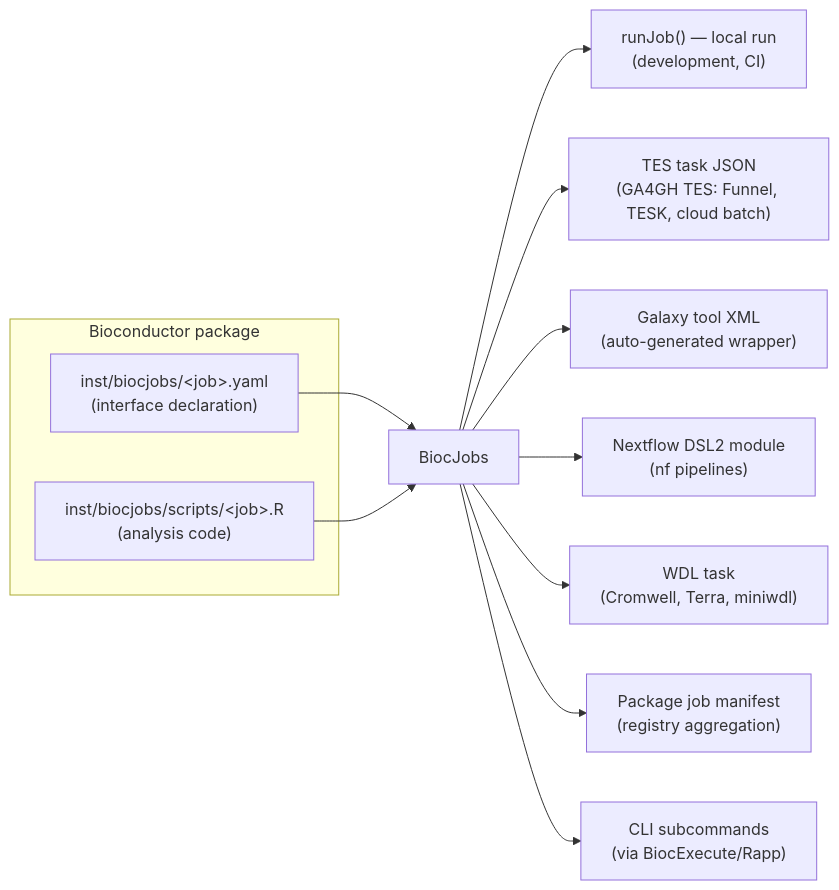
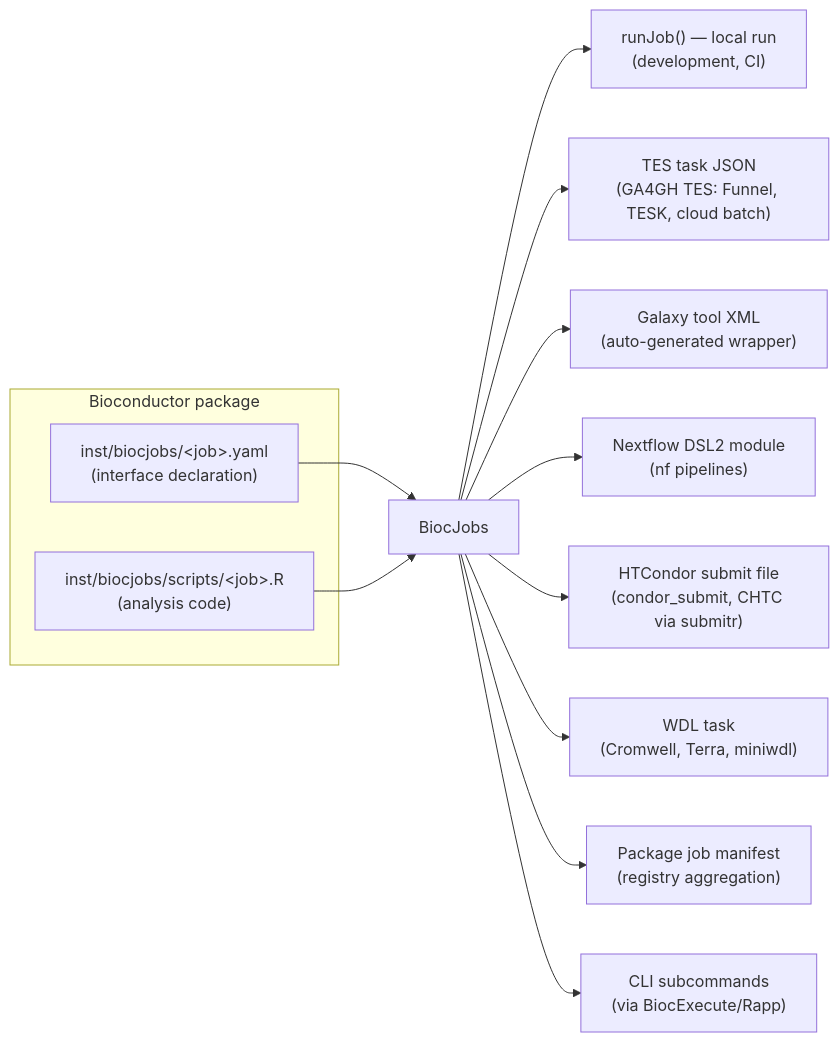
Before and after one commit to almahmoud/BiocJobs: the diagram in README.md, drawn with Mermaid. The commit also changed other lines of this file and 11 other files, not shown here.

Commit message:
Add HTCondor submit file generator

````diff
--- a/README.md
+++ b/README.md
@@ -64,16 +65,17 @@
 ```mermaid
 flowchart LR
     subgraph pkg [Bioconductor package]
         Y["inst/biocjobs/&lt;job&gt;.yaml<br/>(interface declaration)"]
         S["inst/biocjobs/scripts/&lt;job&gt;.R<br/>(analysis code)"]
     end
     Y --> B[BiocJobs]
     S --> B
     B --> L["runJob() — local run<br/>(development, CI)"]
     B --> T["TES task JSON<br/>(GA4GH TES: Funnel, TESK, cloud batch)"]
     B --> G["Galaxy tool XML<br/>(auto-generated wrapper)"]
     B --> N["Nextflow DSL2 module<br/>(nf pipelines)"]
+    B --> H["HTCondor submit file<br/>(condor_submit, CHTC via submitr)"]
     B --> W["WDL task<br/>(Cromwell, Terra, miniwdl)"]
     B --> M["Package job manifest<br/>(registry aggregation)"]
     B --> C["CLI subcommands<br/>(via BiocExecute/Rapp)"]
 ```
````
